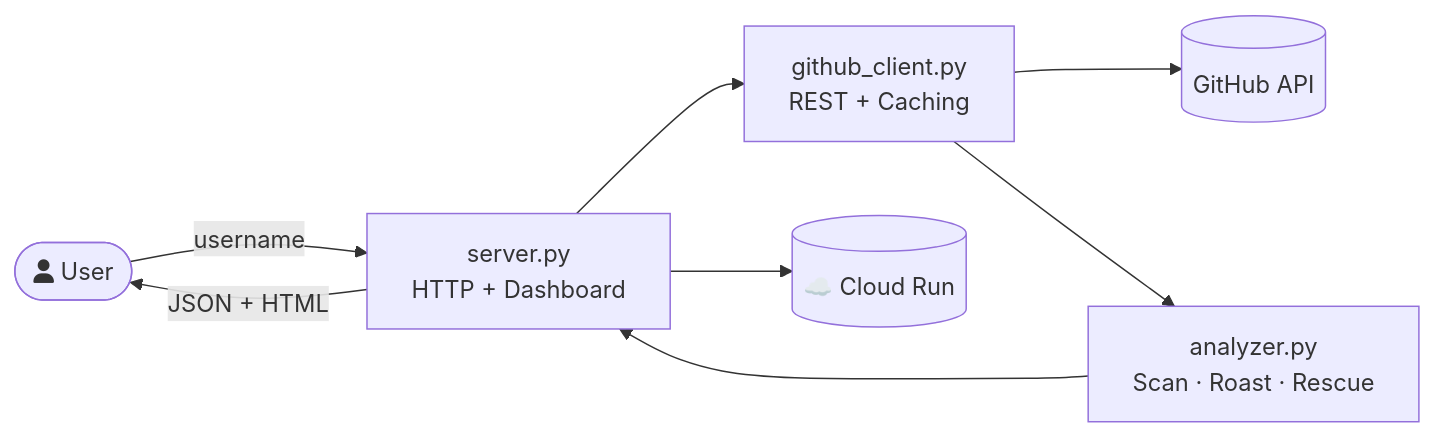
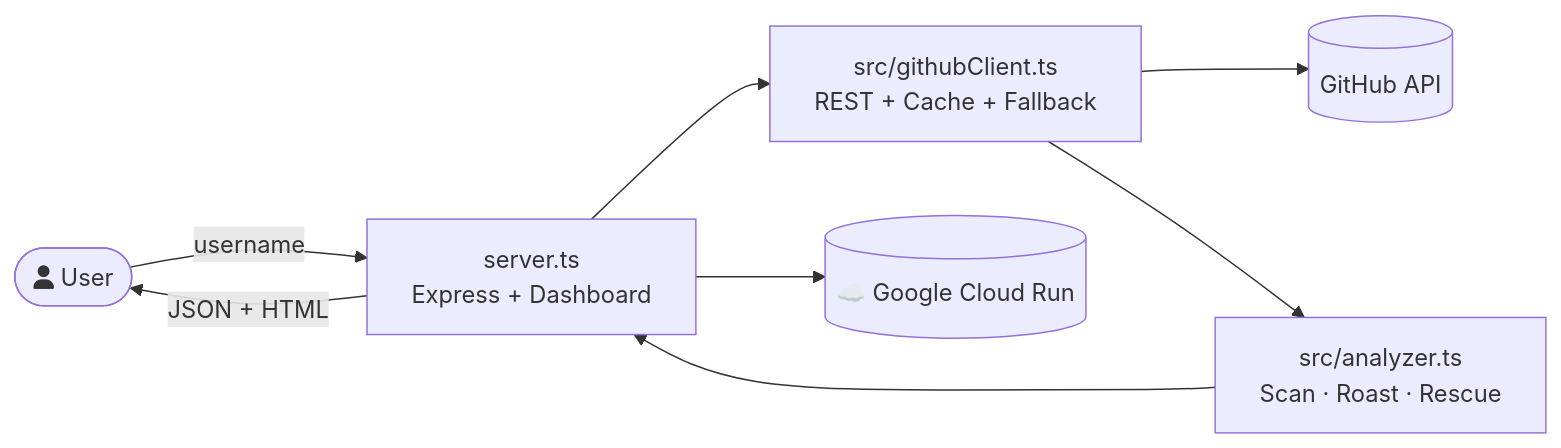
The diagram in README.md (widgetwalker/roast-and-rescue), drawn with Mermaid before and after one commit. The commit also changed other lines of this file and 11 other files, not shown here.

````diff
--- a/README.md
+++ b/README.md
@@ -111,10 +81,10 @@
 ```mermaid
 flowchart LR
-    U([fa:fa-user User]) --> |username| S["server.py<br/>HTTP + Dashboard"]
-    S --> G["github_client.py<br/>REST + Caching"]
+    U([fa:fa-user User]) --> |username| S["server.ts<br/>Express + Dashboard"]
+    S --> G["src/githubClient.ts<br/>REST + Cache + Fallback"]
     G --> GH[(GitHub API)]
-    G --> A["analyzer.py<br/>Scan · Roast · Rescue"]
+    G --> A["src/analyzer.ts<br/>Scan · Roast · Rescue"]
     A --> S
     S --> |JSON + HTML| U
-    S --> CR[("☁️ Cloud Run")]
+    S --> CR[("☁️ Google Cloud Run")]
 ```
````
